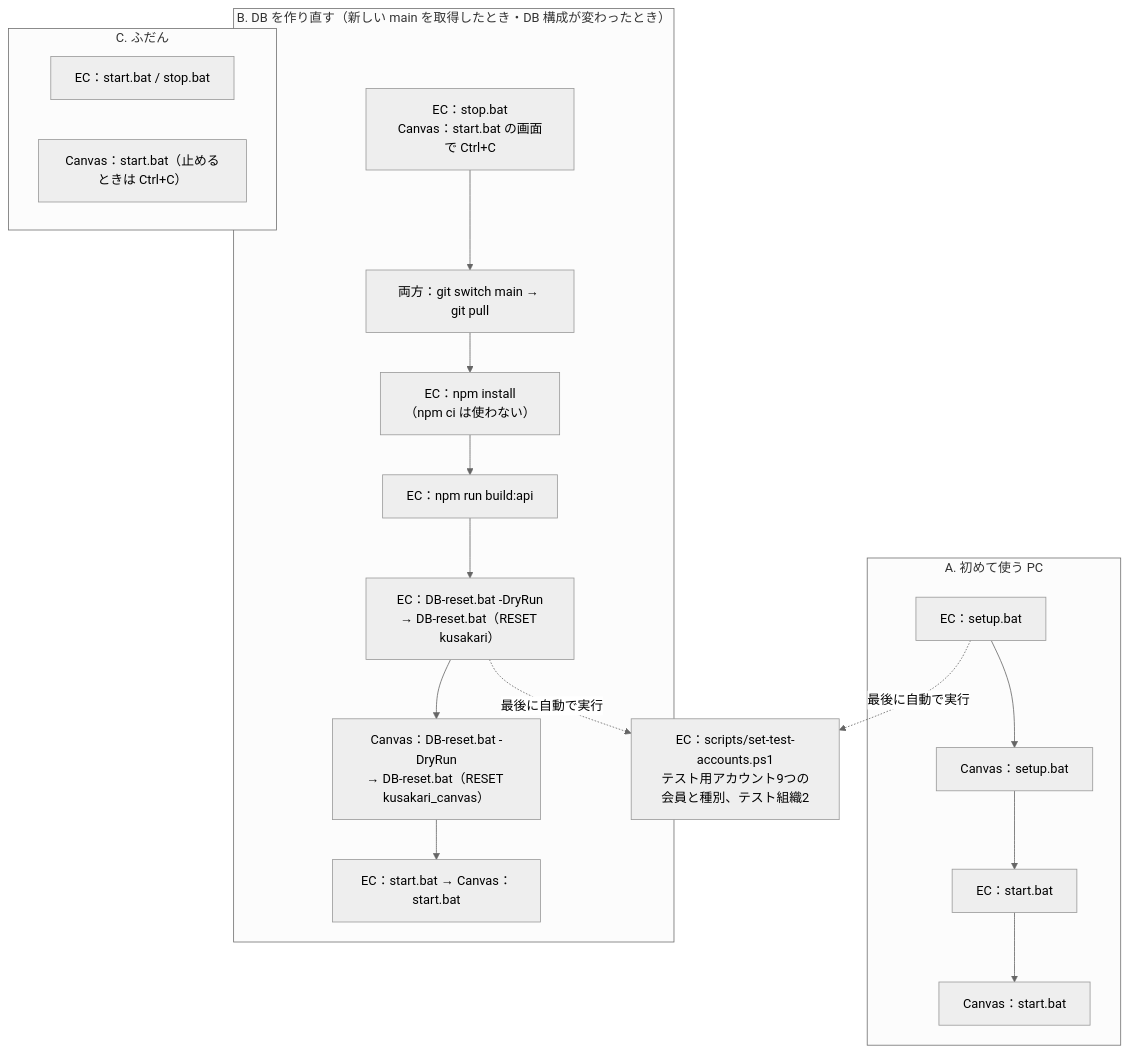
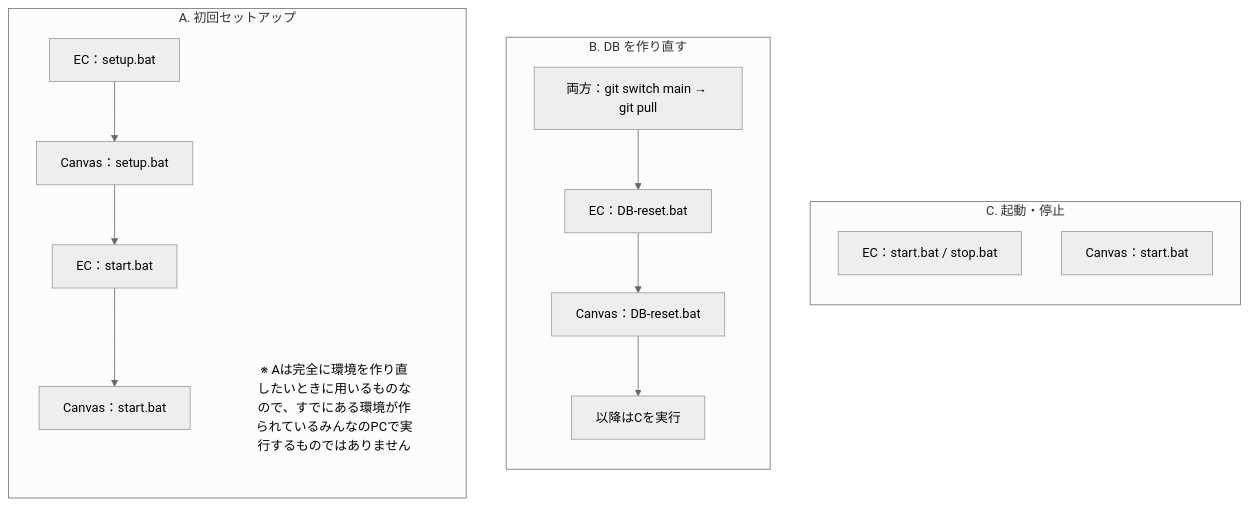
One commit to abeouga/kusakari-ec changed the first of 2 diagrams in docs/other-pc-scripts.md. Above: the diagram before and after it, drawn with Mermaid (neutral theme). The commit also changed other lines of this file and 5 other files, not shown here.

First line of the commit message:
feat: DB-reset.bat を、準備まで自分で行い確認なしで最後まで進む形にする (#164)

````diff
--- a/docs/other-pc-scripts.md
+++ b/docs/other-pc-scripts.md
@@ -8,22 +5,26 @@
 ```mermaid
-flowchart TB
-  subgraph FIRST["A. 初めて使う PC"]
+flowchart LR
+  subgraph FIRST["A. 初回セットアップ"]
+    direction TB
     A1["EC：setup.bat"] --> A2["Canvas：setup.bat"] --> A3["EC：start.bat"] --> A4["Canvas：start.bat"]
+    AT["※ Aは完全に環境を作り直したいときに用いるものなので、すでにある環境が作られているみんなのPCで実行するものではありません"]:::note
   end
 
-  subgraph RESET["B. DB を作り直す（新しい main を取得したとき・DB 構成が変わったとき）"]
-    B1["EC：stop.bat<br/>Canvas：start.bat の画面で Ctrl+C"] --> B2["両方：git switch main → git pull"]
-    B2 --> B3["EC：npm install<br/>（npm ci は使わない）"] --> B4["EC：npm run build:api"]
-    B4 --> B5["EC：DB-reset.bat -DryRun<br/>→ DB-reset.bat（RESET kusakari）"]
-    B5 --> B6["Canvas：DB-reset.bat -DryRun<br/>→ DB-reset.bat（RESET kusakari_canvas）"]
-    B6 --> B7["EC：start.bat → Canvas：start.bat"]
+  subgraph RESET["B. DB を作り直す"]
+    direction TB
+    B1["両方：git switch main → git pull"]
+    B1 --> B2["EC：DB-reset.bat"]
+    B2 --> B3["Canvas：DB-reset.bat"]
+    B3 --> B4["以降はCを実行"]
   end
 
-  subgraph DAILY["C. ふだん"]
+  subgraph DAILY["C. 起動・停止"]
+    direction TB
     C1["EC：start.bat / stop.bat"]
-    C2["Canvas：start.bat（止めるときは Ctrl+C）"]
+    C2["Canvas：start.bat"]
   end
 
-  A1 -. 最後に自動で実行 .-> T["EC：scripts/set-test-accounts.ps1<br/>テスト用アカウント9つの会員と種別、テスト組織2"]
-  B5 -. 最後に自動で実行 .-> T
+  FIRST ~~~ RESET ~~~ DAILY
+
+  classDef note fill:none,stroke:none
 ```
````
